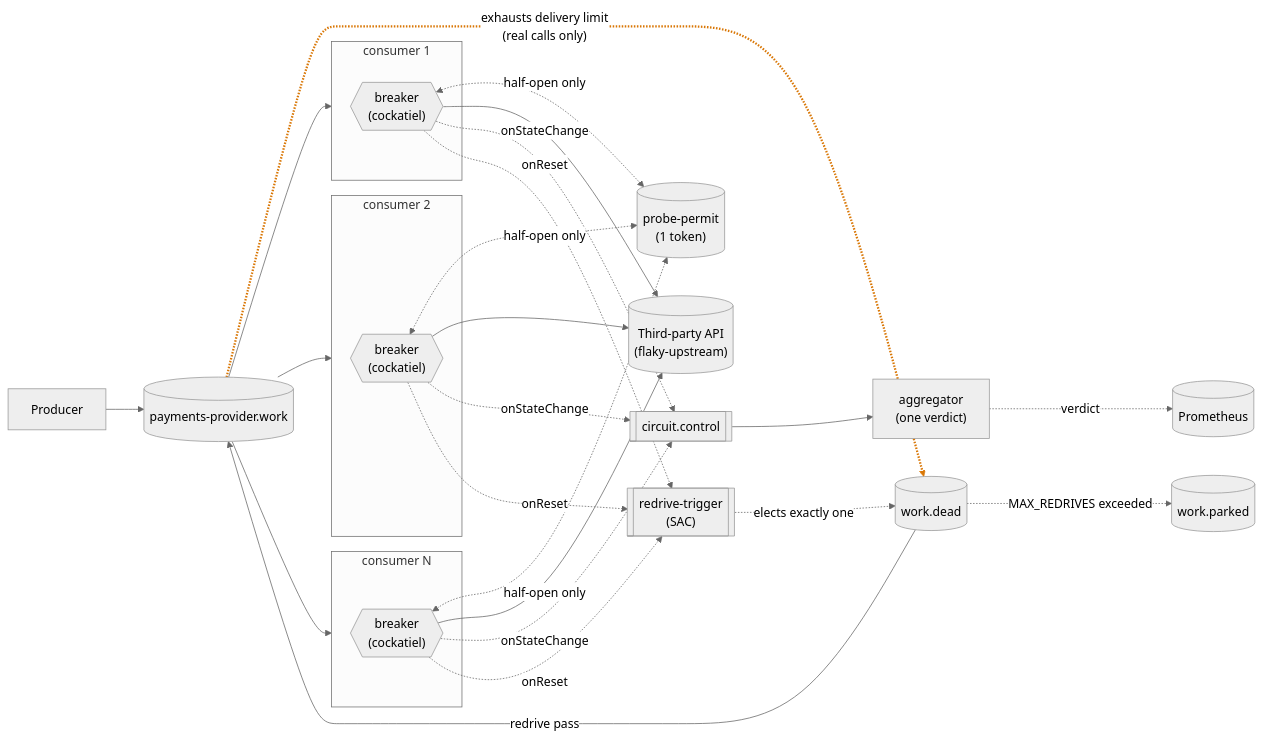
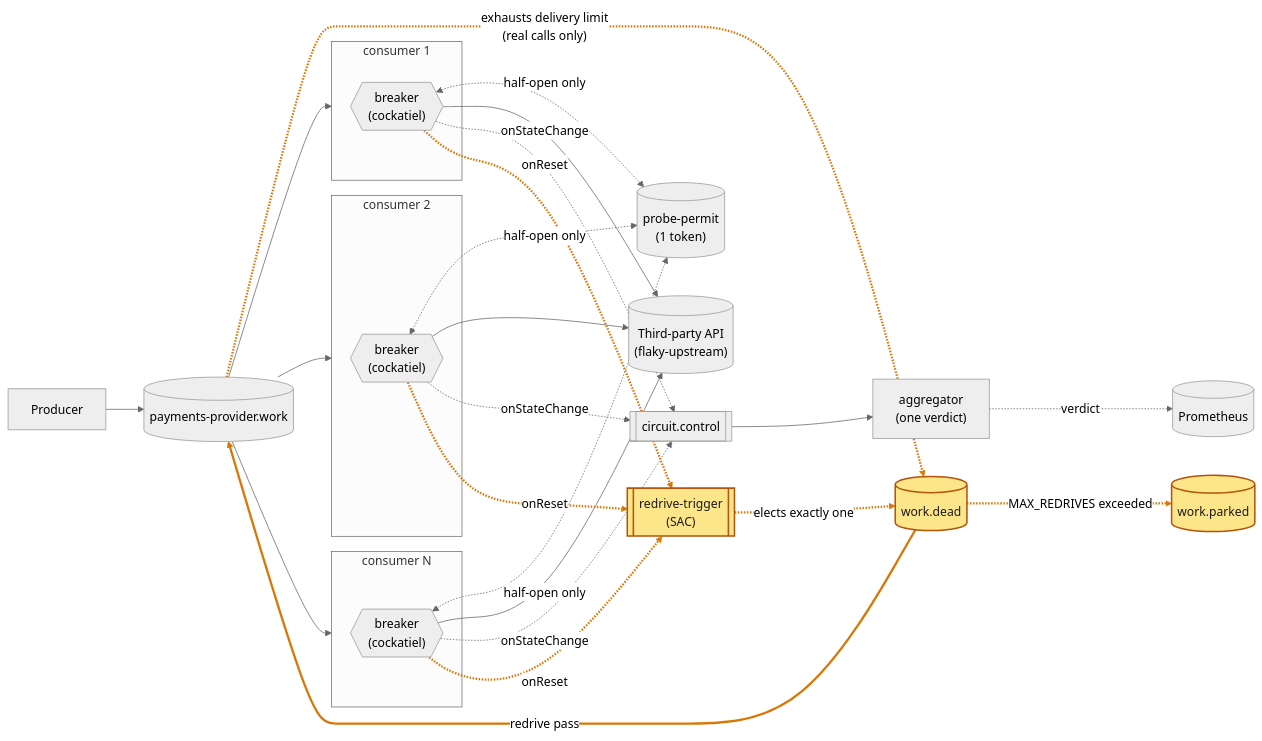
Before and after one commit to lsfera/circuit-breaker-unboxing: the diagram in README.md, drawn with Mermaid (neutral theme). The commit also changed other lines of this file and 2 other files, not shown here.

````diff
--- a/README.md
+++ b/README.md
@@ -15,42 +16,43 @@
 ```mermaid
 flowchart LR
   producer["Producer"] --> queue[("payments-provider.work")]
   permit[("probe-permit\n(1 token)")]
   control[["circuit.control"]]
   aggregator["aggregator\n(one verdict)"]
   dead[("work.dead")]
   parked[("work.parked")]
   rtrigger[["redrive-trigger\n(SAC)"]]
   subgraph c1["consumer 1"]
     b1{{"breaker\n(cockatiel)"}}
   end
   subgraph c2["consumer 2"]
     b2{{"breaker\n(cockatiel)"}}
   end
   subgraph c3["consumer N"]
     b3{{"breaker\n(cockatiel)"}}
   end
   queue --> c1
   queue --> c2
   queue --> c3
   b1 <-.->|"half-open only"| permit
   b2 <-.->|"half-open only"| permit
   b3 <-.->|"half-open only"| permit
   b1 --> api[("Third-party API\n(flaky-upstream)")]
   b2 --> api
   b3 --> api
   b1 -.->|"onStateChange"| control
   b2 -.->|"onStateChange"| control
   b3 -.->|"onStateChange"| control
   control --> aggregator
   aggregator -.->|"verdict"| prom[("Prometheus")]
   queue -.->|"exhausts delivery limit\n(real calls only)"| dead
   b1 -.->|"onReset"| rtrigger
   b2 -.->|"onReset"| rtrigger
   b3 -.->|"onReset"| rtrigger
   rtrigger -.->|"elects exactly one"| dead
   dead -->|"redrive pass"| queue
   dead -.->|"MAX_REDRIVES exceeded"| parked
   classDef new fill:#fde68a,stroke:#b45309,stroke-width:2px,color:#1c1917
-  linkStyle 15 stroke:#d97706,stroke-width:3px
+  class dead,parked,rtrigger new
+  linkStyle 15,16,17,18,19,20,21 stroke:#d97706,stroke-width:3px
 ```
````
